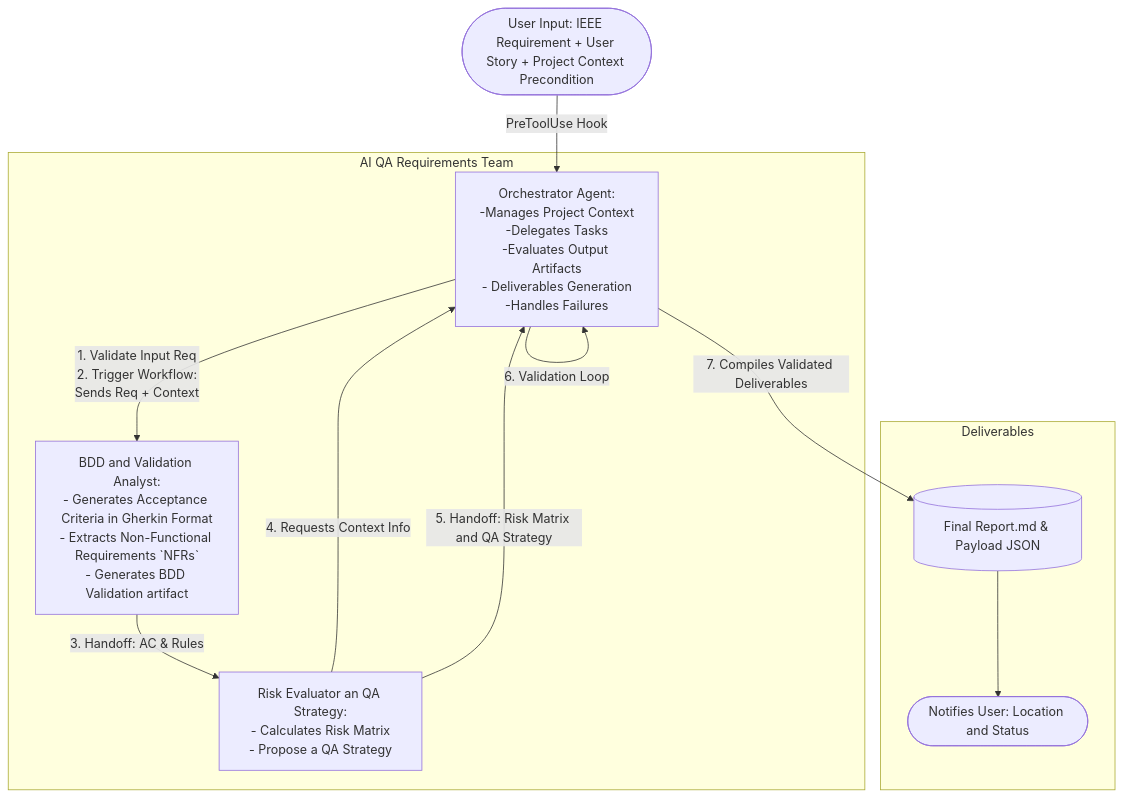
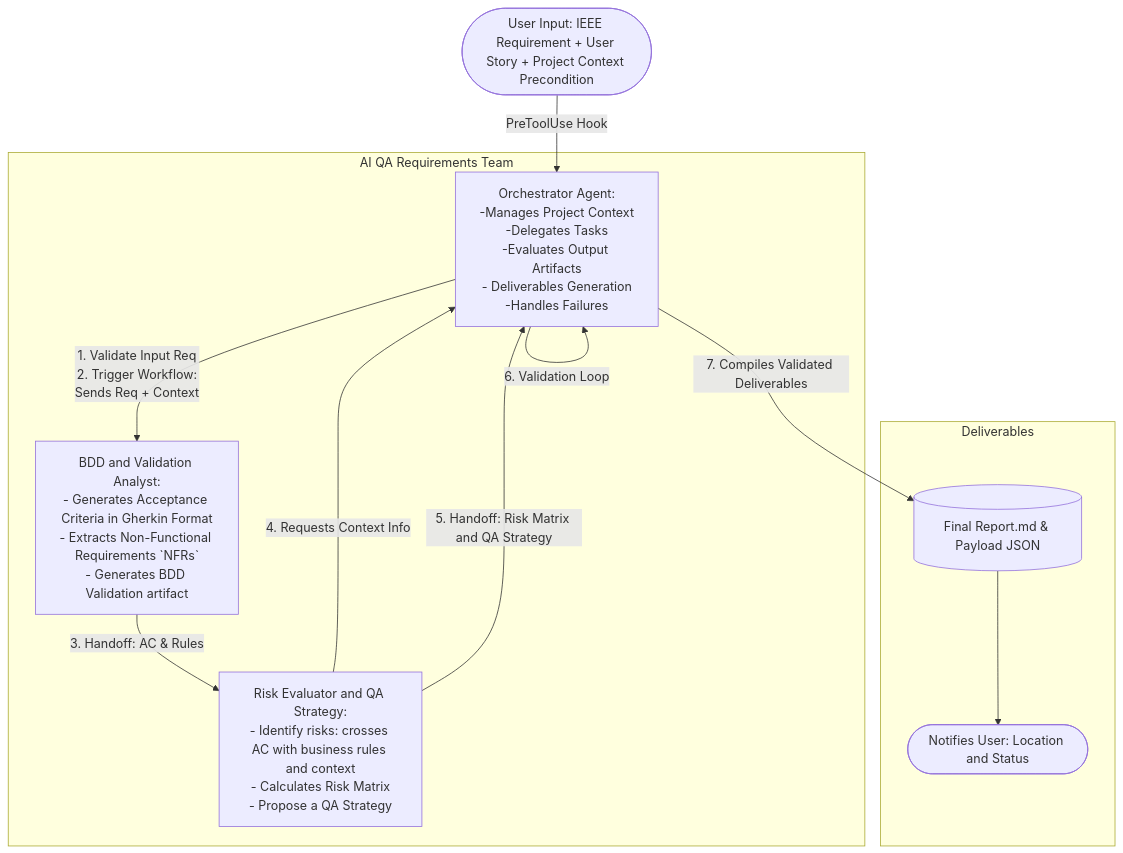
Before and after one commit to LetyPG/QA-Requirements-Analyzer-Agents-Team: the diagram in orchestrator-agent.md, drawn with Mermaid. The commit also changed other lines of this file and 27 other files, not shown here.

Commit message:
feat(architecture): modularize security hooks and implement root test hierarchy. Deconstruct security and language hooks into single-responsibility modules, relocate tests under root tests/ folder with new skill test coverage,and add skill evaluation schemas.

````diff
--- a/orchestrator-agent.md
+++ b/orchestrator-agent.md
@@ -39,36 +45,37 @@
 ```mermaid
 graph TD
 
     User([User Input: IEEE Requirement + User Story + Project Context Precondition]) --PreToolUse Hook--> Orchestrator
     subgraph AI QA Requirements Team
         Orchestrator[Orchestrator Agent:
 -Manages Project Context
 -Delegates Tasks
 -Evaluates Output Artifacts
 - Deliverables Generation
 -Handles Failures]
         BDD_Analyst[BDD and Validation Analyst:
 - Generates Acceptance Criteria in Gherkin Format
 - Extracts Non-Functional Requirements `NFRs`
 - Generates BDD Validation artifact]
-        Risk_Evaluator_QA_Strategy[Risk Evaluator an QA Strategy:
+        Risk_Evaluator_QA_Strategy[Risk Evaluator and QA Strategy:
+- Identify risks: crosses AC with business rules and context
 - Calculates Risk Matrix
 - Propose a QA Strategy]
     end
 
     Orchestrator -- "1. Validate Input Req  
     2. Trigger Workflow: 
     Sends Req + Context" --> BDD_Analyst
     BDD_Analyst -- "3. Handoff: AC & Rules" --> Risk_Evaluator_QA_Strategy
     Risk_Evaluator_QA_Strategy -- "4. Requests Context Info" --> Orchestrator
     Risk_Evaluator_QA_Strategy -- "5. Handoff: Risk Matrix and QA Strategy" --> Orchestrator
     Orchestrator -- "6. Validation Loop" --> Orchestrator
     Orchestrator -- "7. Compiles Validated Deliverables" --> Outputs
     
     subgraph Deliverables
         Outputs[(Final Report.md & Payload JSON)]
         Notification([Notifies User: Location and Status])
     end
     
     Outputs --> Notification
 ```
````
